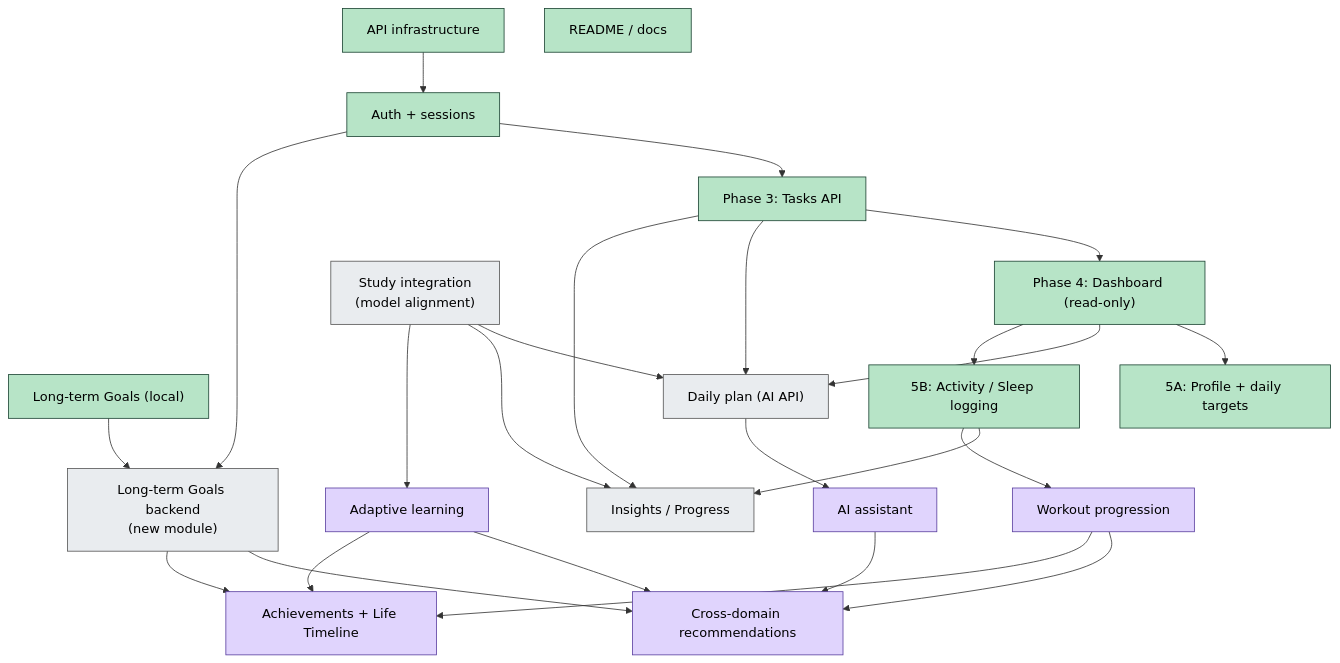
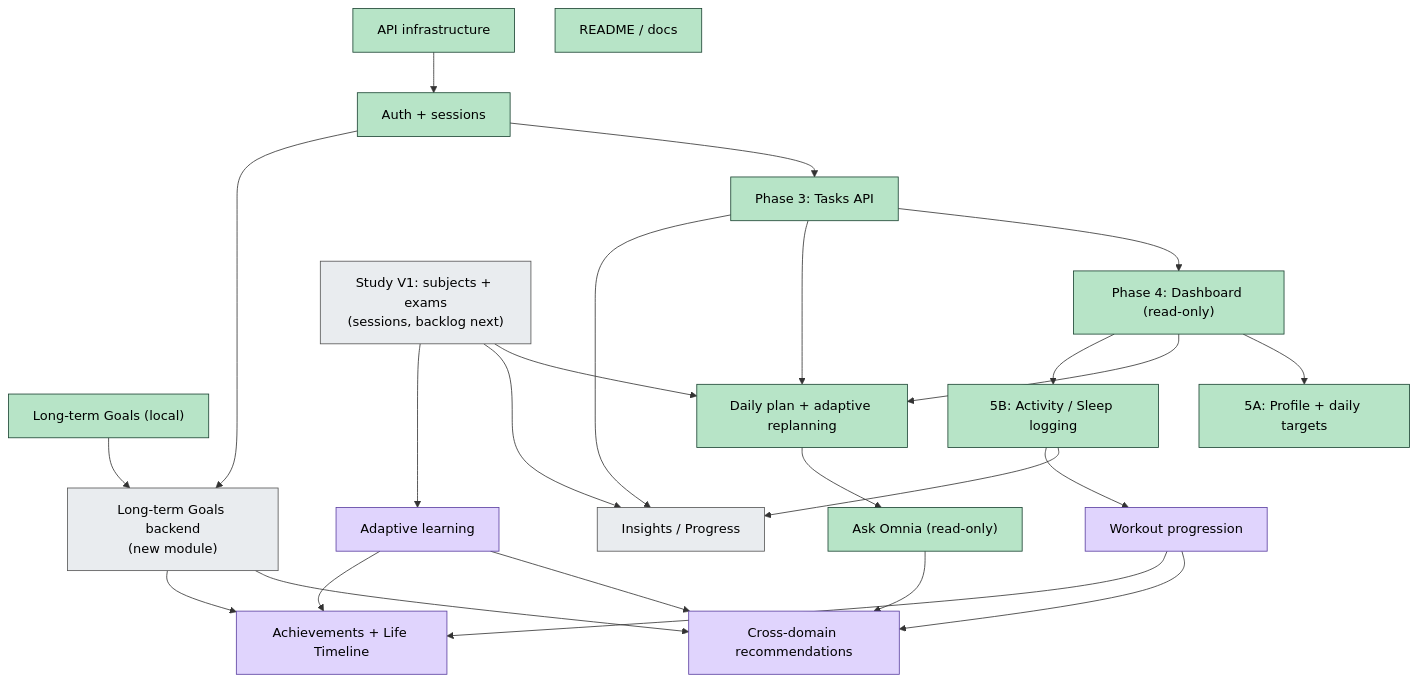
Before and after one commit to Gaoher-1207/omnia: the diagram in docs/omnia-vault/Roadmap/Roadmap.md, drawn with Mermaid. The commit also changed other lines of this file and 33 other files, not shown here.

````diff
--- a/docs/omnia-vault/Roadmap/Roadmap.md
+++ b/docs/omnia-vault/Roadmap/Roadmap.md
@@ -31,48 +49,48 @@
 ```mermaid
 flowchart TD
     classDef done fill:#b7e4c7,stroke:#1b4332,color:#000
     classDef next fill:#ffd166,stroke:#7a5c00,color:#000
     classDef later fill:#e9ecef,stroke:#555,color:#000
     classDef vision fill:#e0d4fd,stroke:#5a3fa0,color:#000
 
     G["Long-term Goals (local)"]:::done
     INF["API infrastructure"]:::done
     AUTH["Auth + sessions"]:::done
     DOC["README / docs"]:::done
     T["Phase 3: Tasks API"]:::done
     DASH["Phase 4: Dashboard (read-only)"]:::done
     TGT["5A: Profile + daily targets"]:::done
-    PLAN["Daily plan (AI API)"]:::later
-    STUDY["Study integration<br/>(model alignment)"]:::later
+    PLAN["Daily plan + adaptive replanning"]:::done
+    STUDY["Study V1: subjects + exams<br/>(sessions, backlog next)"]:::later
     TRACK["5B: Activity / Sleep logging"]:::done
     INS["Insights / Progress"]:::later
     GB["Long-term Goals backend<br/>(new module)"]:::later
     AL["Adaptive learning"]:::vision
     FIT["Workout progression"]:::vision
-    AIA["AI assistant"]:::vision
+    AIA["Ask Omnia (read-only)"]:::done
     XD["Cross-domain recommendations"]:::vision
     ACH["Achievements + Life Timeline"]:::vision
 
     INF --> AUTH --> T
     T --> DASH
     DASH --> TGT
     DASH --> PLAN
     T --> PLAN
     STUDY --> PLAN
     DASH --> TRACK
     TRACK --> INS
     T --> INS
     STUDY --> INS
     AUTH --> GB
     G --> GB
     STUDY --> AL
     TRACK --> FIT
     PLAN --> AIA
     AL --> XD
     FIT --> XD
     GB --> XD
     AIA --> XD
     GB --> ACH
     FIT --> ACH
     AL --> ACH
 ```
````
